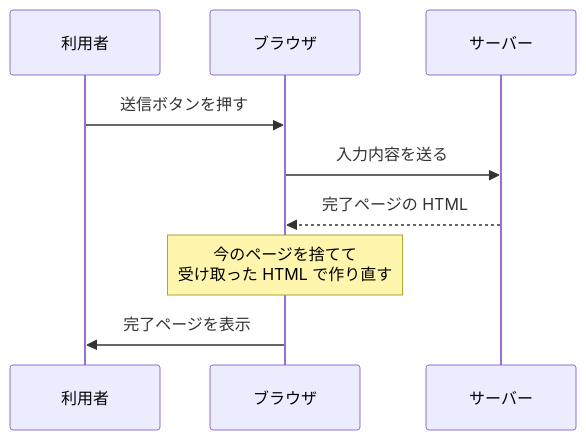
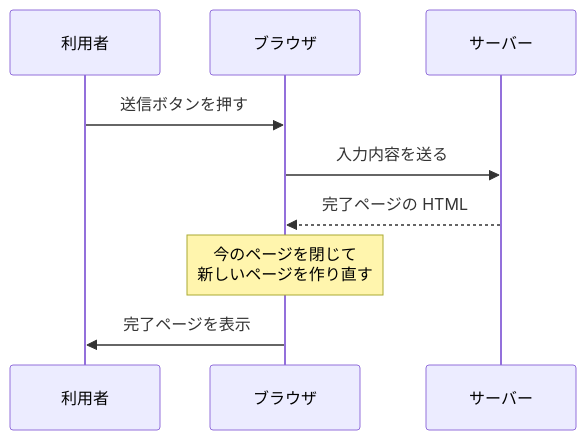
One commit to ozaki25/web-front-training-ozaki25 changed the first of 2 diagrams in docs/drafts/172/index.md. Above: the diagram before and after it, drawn with Mermaid. The commit also changed other lines of this file, not shown here.

````diff
--- a/docs/drafts/172/index.md
+++ b/docs/drafts/172/index.md
@@ -35,11 +38,11 @@
 ```mermaid
 sequenceDiagram
   participant U as 利用者
   participant B as ブラウザ
   participant S as サーバー
   U->>B: 送信ボタンを押す
   B->>S: 入力内容を送る
   S-->>B: 完了ページの HTML
-  Note over B: 今のページを捨てて<br/>受け取った HTML で作り直す
+  Note over B: 今のページを閉じて<br/>新しいページを作り直す
   B->>U: 完了ページを表示
 ```
````
